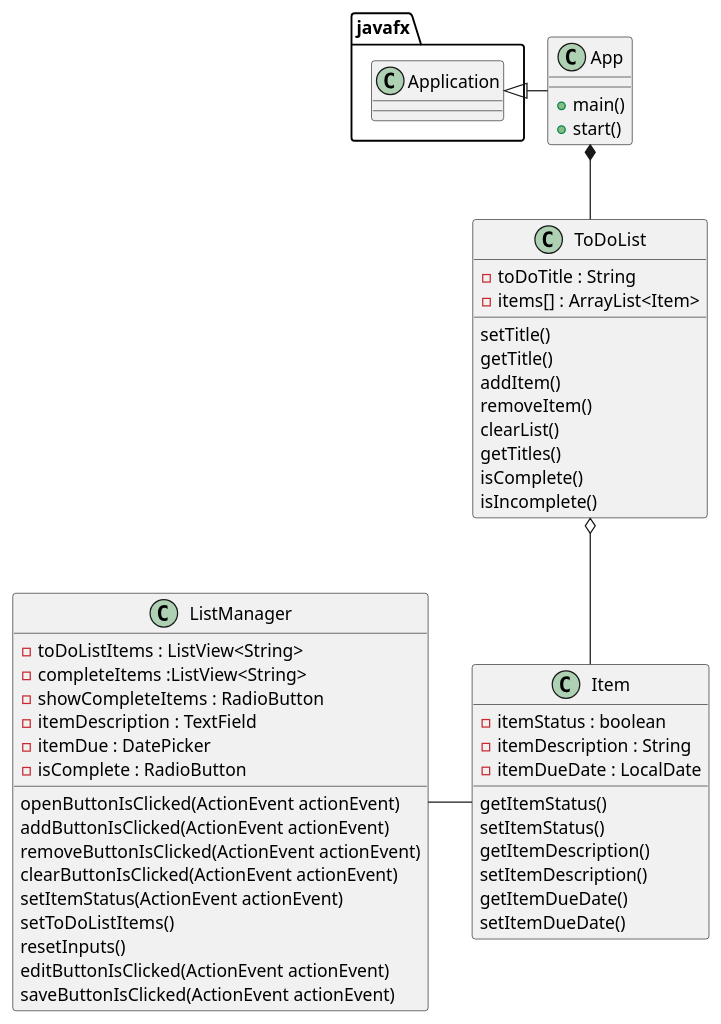
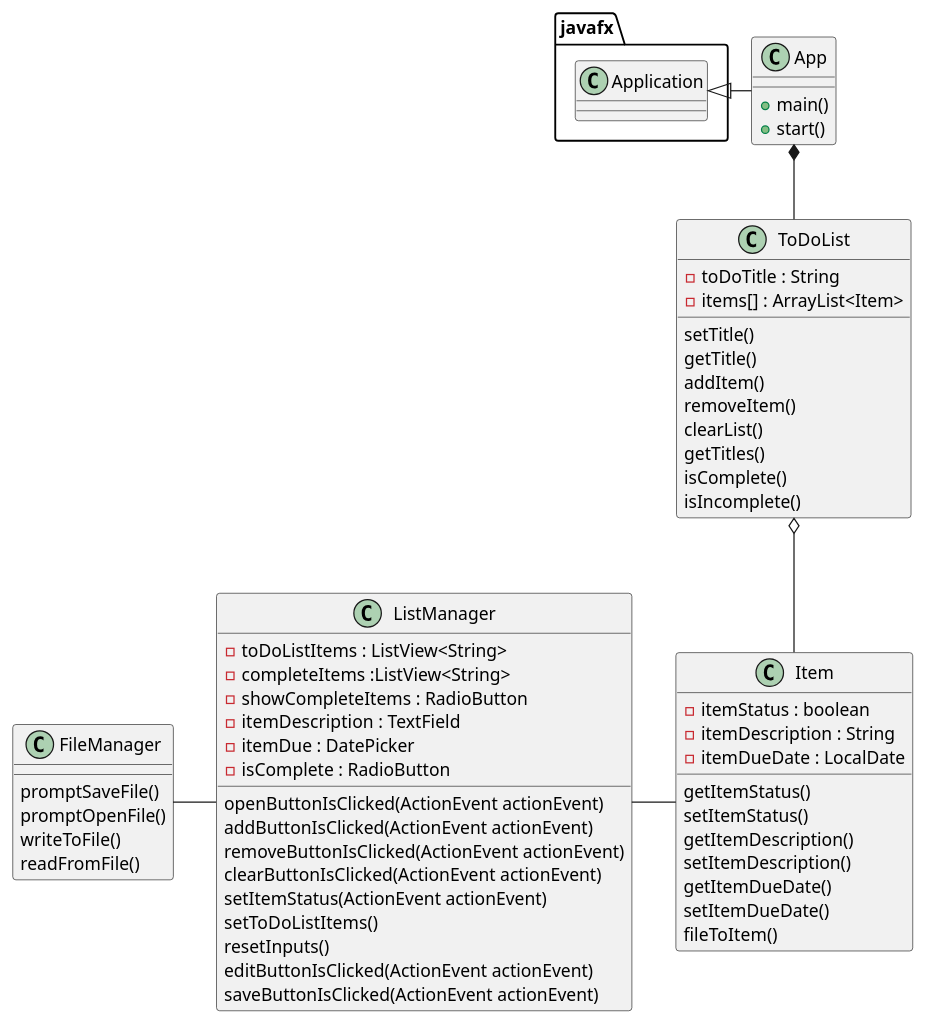
The diagram in PUML/Assignment4.puml (nick-vigg/Viggiani-COP3330-assignment4part2), drawn with PlantUML before and after one commit. The commit also changed 10 other files, not shown here.

```diff
--- a/PUML/Assignment4.puml
+++ b/PUML/Assignment4.puml
@@ -1,63 +1,73 @@
 @startuml
 'https://plantuml.com/class-diagram
 
 
 
 class App {
 + main()
 + start()
 }
 
 class ToDoList {
 - toDoTitle : String
 - items[] : ArrayList<Item>
 
 setTitle()
 getTitle()
 addItem()
 removeItem()
 clearList()
 getTitles()
 isComplete()
 isIncomplete()
 }
 
 class Item {
 - itemStatus : boolean
 - itemDescription : String
 - itemDueDate : LocalDate
 
 getItemStatus()
 setItemStatus()
 getItemDescription()
 setItemDescription()
 getItemDueDate()
 setItemDueDate()
+fileToItem()
 }
 
 class ListManager {
 - toDoListItems : ListView<String>
 - completeItems :ListView<String>
 - showCompleteItems : RadioButton
 - itemDescription : TextField
 - itemDue : DatePicker
 - isComplete : RadioButton
 
 openButtonIsClicked(ActionEvent actionEvent)
 addButtonIsClicked(ActionEvent actionEvent)
 removeButtonIsClicked(ActionEvent actionEvent)
 clearButtonIsClicked(ActionEvent actionEvent)
 setItemStatus(ActionEvent actionEvent)
 setToDoListItems()
 resetInputs()
 editButtonIsClicked(ActionEvent actionEvent)
 saveButtonIsClicked(ActionEvent actionEvent)
 }
 
+class FileManager{
+promptSaveFile()
+promptOpenFile()
+writeToFile()
+readFromFile()
+}
+
+
 javafx.Application <|- App
 App *-- ToDoList
 ToDoList o-- Item
 ListManager - Item
+FileManager - ListManager
 
 
 @enduml
```
